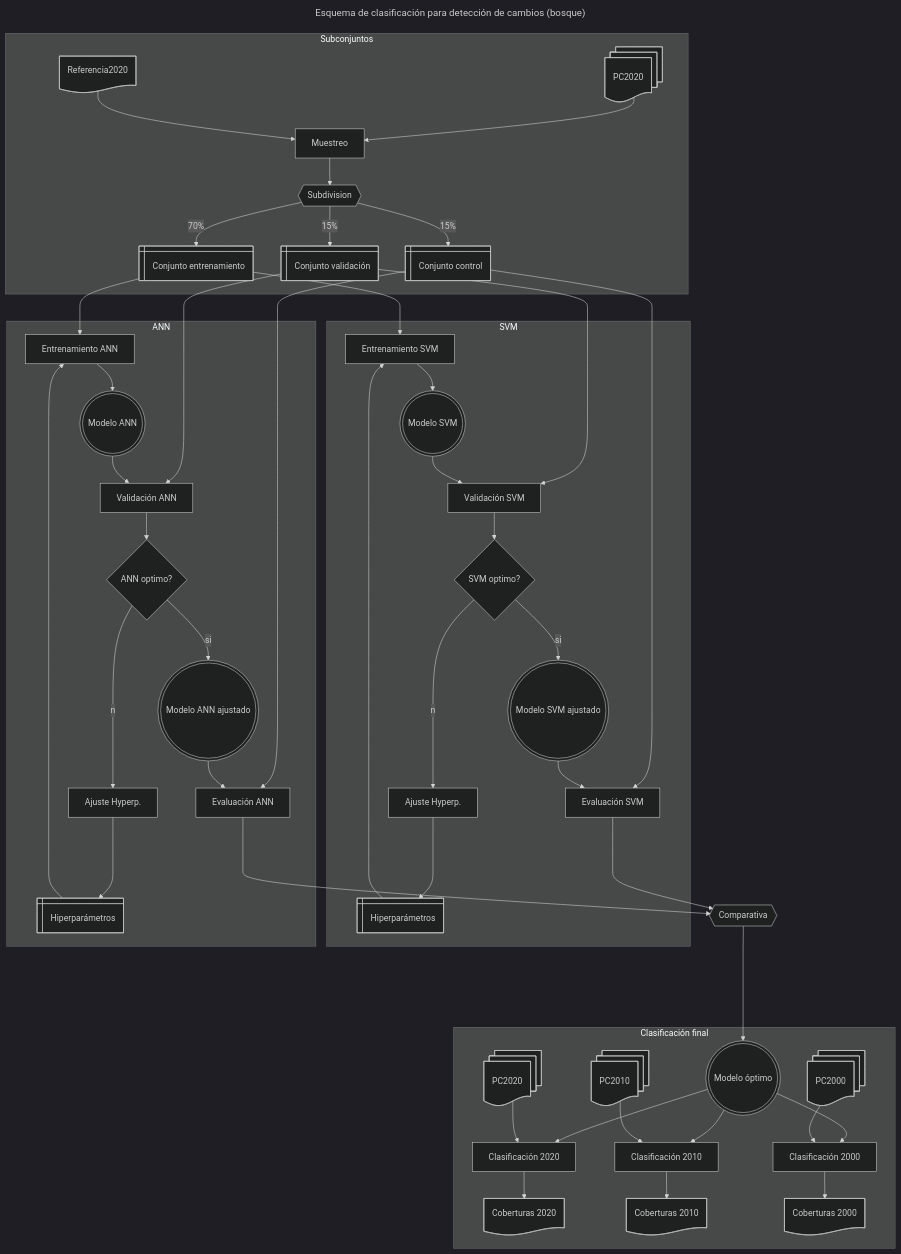
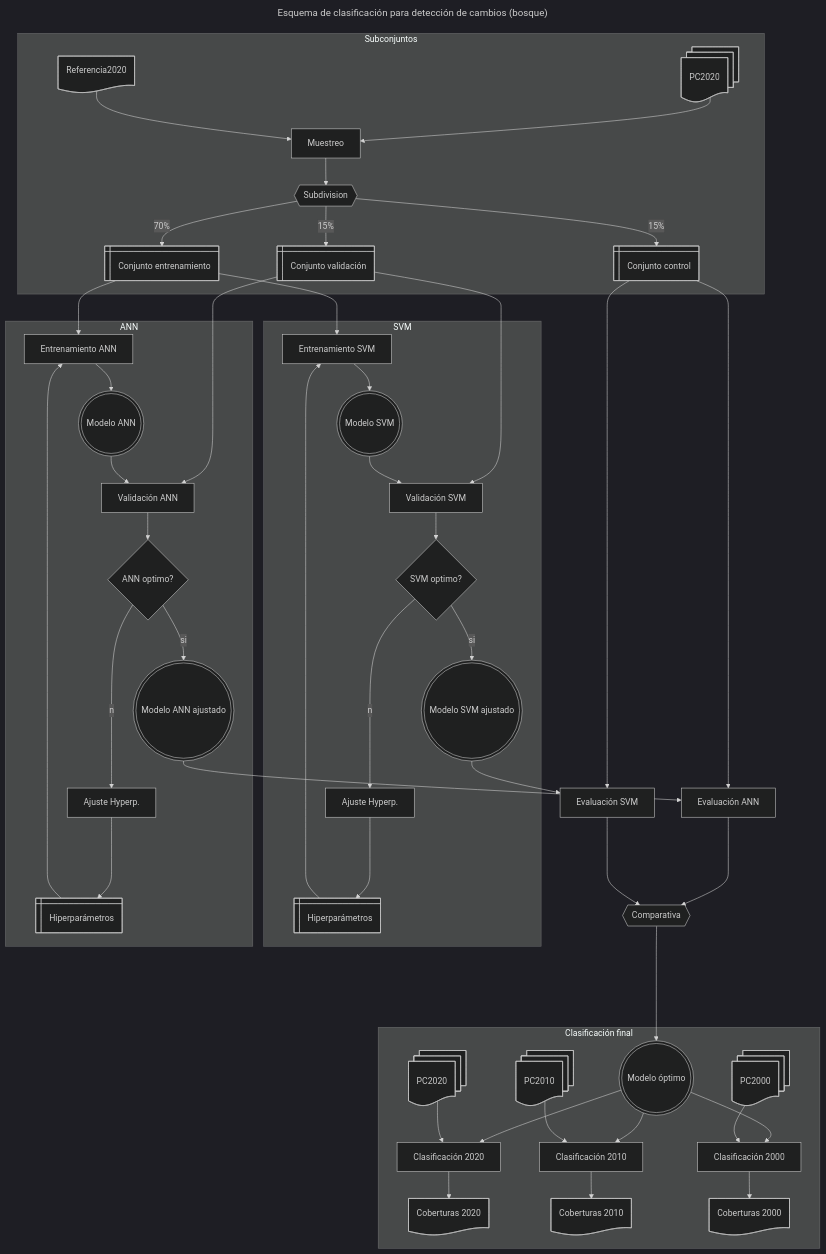
Before and after one commit to vshalisko/GEE: the diagram in ANPs/Esquema_clasificacion.mermaid, drawn with Mermaid (dark theme).

```diff
--- a/ANPs/Esquema_clasificacion.mermaid
+++ b/ANPs/Esquema_clasificacion.mermaid
@@ -1,95 +1,97 @@
 ---
 title: Esquema de clasificación para detección de cambios (bosque)
 ---
 flowchart TD
     PC2000@{ shape: docs, label: PC2000}
     PC2010@{ shape: docs, label: PC2010}
     PC2020@{ shape: docs, label: PC2020}
     PC2020A@{ shape: docs, label: PC2020}
     Ref2020@{ shape: doc, label: Referencia2020}
     Muestreo@{ shape: proc, label: Muestreo}
     Subset@{ shape: hex, label: Subdivision}
     Train2020@{ shape: win-pane, label: Conjunto entrenamiento}
     Test2020@{ shape: win-pane, label: Conjunto control}
     Valid2020@{ shape: win-pane, label: Conjunto validación}
 
     HyperparamSVM@{ shape: win-pane, label: Hiperparámetros}
     HyperparamANN@{ shape: win-pane, label: Hiperparámetros}
     TrainSVM@{ shape: proc, label: Entrenamiento SVM}
     TrainANN@{ shape: proc, label: Entrenamiento ANN}
     ModeloSVM@{ shape: double-circle, label: Modelo SVM}
     ModeloANN@{ shape: double-circle, label: Modelo ANN}
     ModeloSVMok@{ shape: double-circle, label: Modelo SVM ajustado}
     ModeloANNok@{ shape: double-circle, label: Modelo ANN ajustado}
     ValidSVM@{ shape: proc, label: Validación SVM}
     ValidANN@{ shape: proc, label: Validación ANN}
     OptimSVM@{ shape: diam, label: SVM optimo?}
     OptimANN@{ shape: diam, label: ANN optimo?}
     ControlSVM@{ shape: proc, label: Evaluación SVM}
     ControlANN@{ shape: proc, label: Evaluación ANN}
     AjusteHypSVM@{ shape: proc, label: Ajuste Hyperp.}
     AjusteHypANN@{ shape: proc, label: Ajuste Hyperp.}
     Comparativa@{ shape: hex, label: Comparativa}
     ModeloOptimo@{ shape: double-circle, label: Modelo óptimo}
 
     Clasif2020@{ shape: proc, label: Clasificación 2020}
     Clasif2010@{ shape: proc, label: Clasificación 2010}
     Clasif2000@{ shape: proc, label: Clasificación 2000}
 
     Coberturas2020@{ shape: doc, label: Coberturas 2020}
     Coberturas2010@{ shape: doc, label: Coberturas 2010}
     Coberturas2000@{ shape: doc, label: Coberturas 2000}
 
     subgraph Subconjuntos
         PC2020A --> Muestreo
         Ref2020 --> Muestreo
         Muestreo --> Subset
         Subset --70%--> Train2020
         Subset --15%--> Test2020
         Subset --15%--> Valid2020
     end
 
     Train2020 --> TrainSVM    
     Train2020 --> TrainANN    
     Valid2020 --> ValidSVM
     Valid2020 --> ValidANN
     Test2020 --> ControlSVM
     Test2020 --> ControlANN
 
     subgraph SVM
         HyperparamSVM ----> TrainSVM
         TrainSVM --> ModeloSVM
         ModeloSVM --> ValidSVM
         ValidSVM --> OptimSVM
         OptimSVM --si--> ModeloSVMok
         OptimSVM --no--> AjusteHypSVM
         AjusteHypSVM ----> HyperparamSVM
-        ModeloSVMok --> ControlSVM
+        
     end
 
     subgraph ANN
         HyperparamANN ----> TrainANN
         TrainANN --> ModeloANN
         ModeloANN --> ValidANN
         ValidANN --> OptimANN
         OptimANN --si--> ModeloANNok
         OptimANN --no--> AjusteHypANN
         AjusteHypANN ----> HyperparamANN
-        ModeloANNok --> ControlANN
+        
     end
 
+    ModeloSVMok --> ControlSVM
+    ModeloANNok --> ControlANN
     ControlANN ----> Comparativa
     ControlSVM ----> Comparativa
     Comparativa ----> ModeloOptimo
 
     subgraph Clasificación final
         ModeloOptimo --> Clasif2020
         ModeloOptimo --> Clasif2010
         ModeloOptimo --> Clasif2000
         PC2020 --> Clasif2020
         PC2010 --> Clasif2010
         PC2000 --> Clasif2000
         Clasif2020 --> Coberturas2020
         Clasif2010 --> Coberturas2010
         Clasif2000 --> Coberturas2000
     end
```
